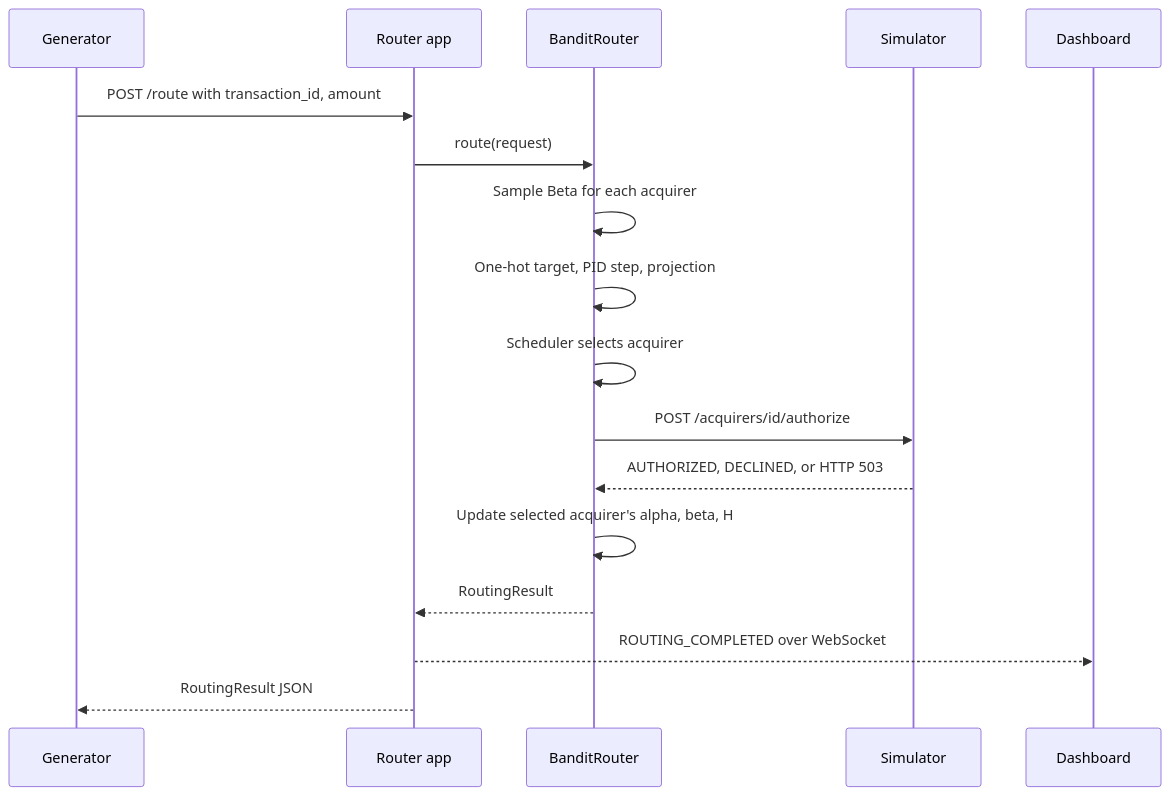
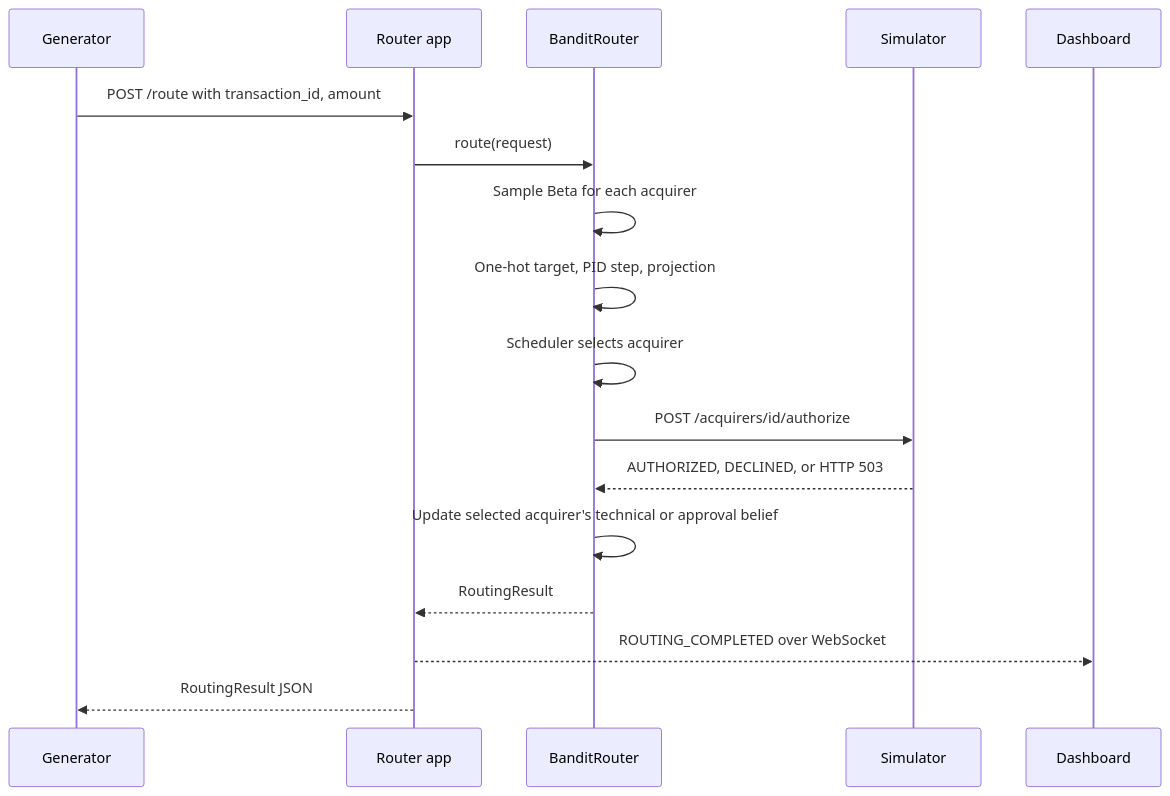
The fourth of 4 diagrams in docs/WHITEPAPER_L1.md (0at-meal/loom), drawn with Mermaid before and after one commit. The commit also changed other lines of this file and 7 other files, not shown here.

````diff
--- a/docs/WHITEPAPER_L1.md
+++ b/docs/WHITEPAPER_L1.md
@@ -418,19 +446,19 @@
 ```mermaid
 sequenceDiagram
     participant G as Generator
     participant R as Router app
     participant B as BanditRouter
     participant S as Simulator
     participant W as Dashboard
     G->>R: POST /route with transaction_id, amount
     R->>B: route(request)
     B->>B: Sample Beta for each acquirer
     B->>B: One-hot target, PID step, projection
     B->>B: Scheduler selects acquirer
     B->>S: POST /acquirers/id/authorize
     S-->>B: AUTHORIZED, DECLINED, or HTTP 503
-    B->>B: Update selected acquirer's alpha, beta, H
+    B->>B: Update selected acquirer's technical or approval belief
     B-->>R: RoutingResult
     R-->>W: ROUTING_COMPLETED over WebSocket
     R-->>G: RoutingResult JSON
 ```
````
